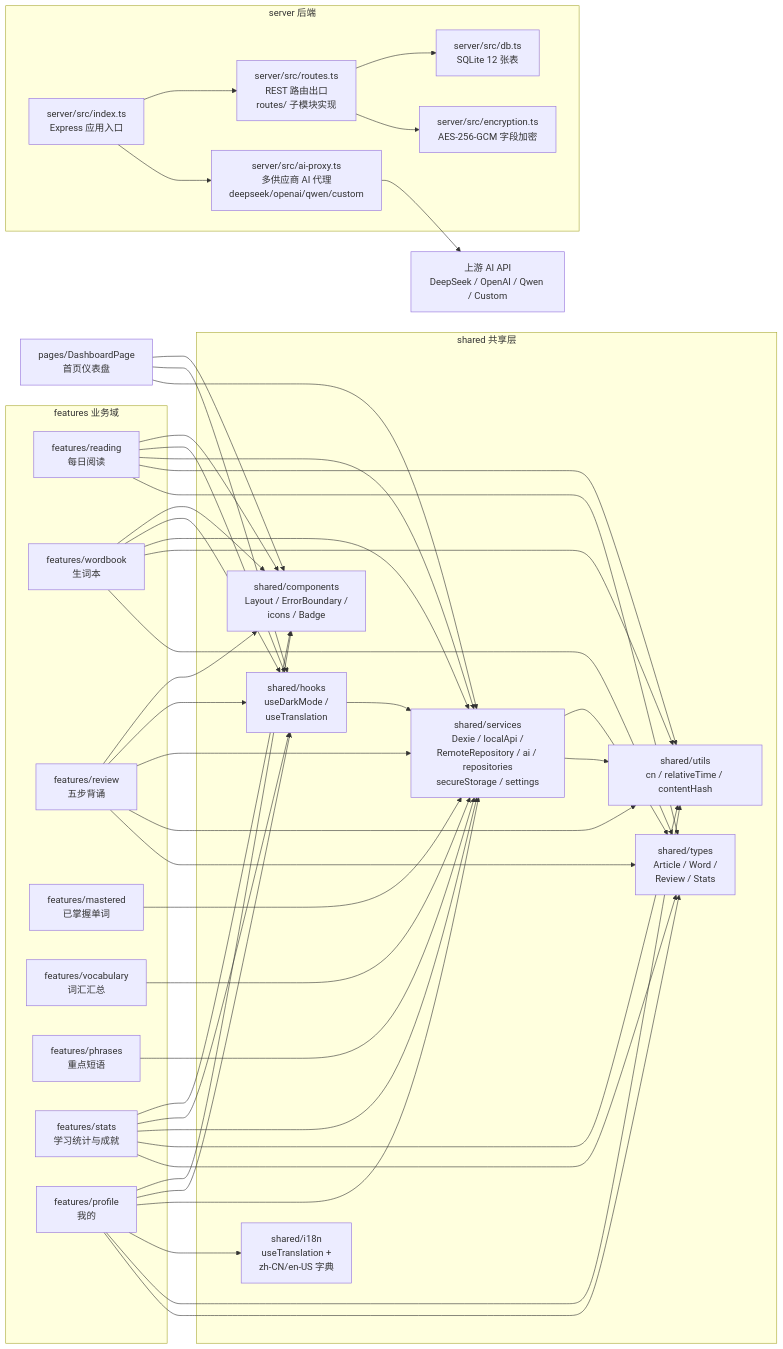
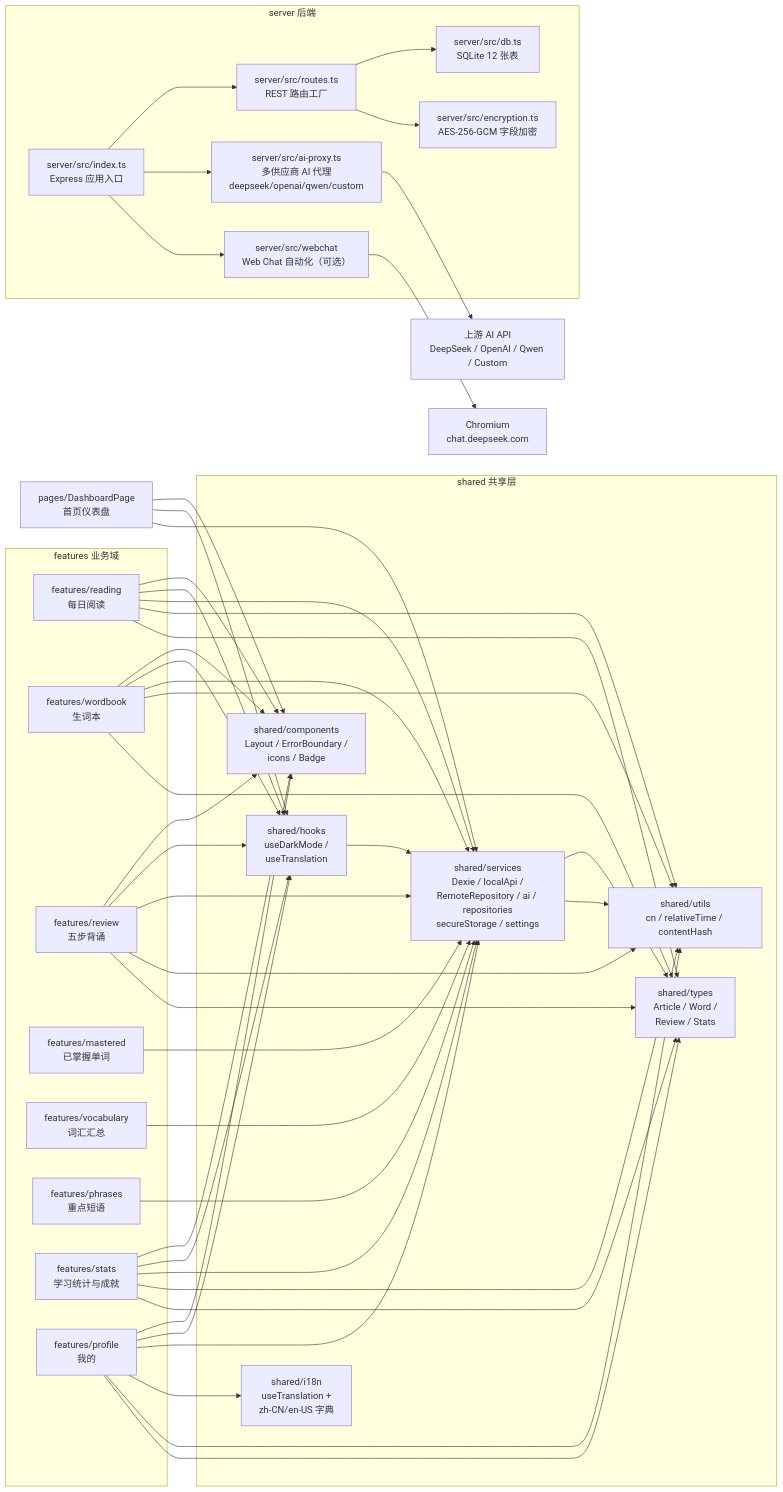
One commit to zhongxingma/ydxl changed the second of 7 diagrams in docs/ARCHITECTURE.md. Above: the diagram before and after it, drawn with Mermaid. The commit also changed other lines of this file and 259 other files, not shown here.

First line of the commit message:
feat: 落地项目改进路线图（i18n/可观测性/容器化/治理/性能）

````diff
--- a/docs/ARCHITECTURE.md
+++ b/docs/ARCHITECTURE.md
@@ -86,10 +86,11 @@
 
     subgraph server 后端
         express[server/src/index.ts<br/>Express 应用入口]
-        routes[server/src/routes.ts<br/>REST 路由出口<br/>routes/ 子模块实现]
+        routes[server/src/routes.ts<br/>REST 路由工厂]
         db[server/src/db.ts<br/>SQLite 12 张表]
         encryption[server/src/encryption.ts<br/>AES-256-GCM 字段加密]
         aiproxy[server/src/ai-proxy.ts<br/>多供应商 AI 代理<br/>deepseek/openai/qwen/custom]
+        webchat[server/src/webchat<br/>Web Chat 自动化（可选）]
     end
 
     pages[pages/DashboardPage<br/>首页仪表盘]
@@ -139,7 +140,9 @@
 
     express --> routes
     express --> aiproxy
+    express --> webchat
     routes --> db
     routes --> encryption
     aiproxy --> Upstream[上游 AI API<br/>DeepSeek / OpenAI / Qwen / Custom]
+    webchat --> Browser[Chromium<br/>chat.deepseek.com]
 ```
````
